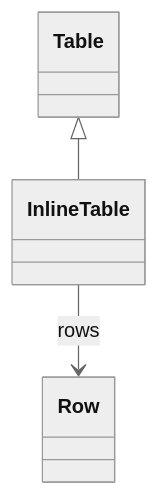
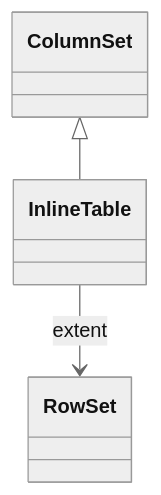
One commit to eclipse-daanse/eclipse-daanse.github.io changed the diagram in docs/cubeserver/model/class-InlineTable.md. Above: the diagram before and after it, drawn with Mermaid (neutral theme). The commit also changed other lines of this file and 138 other files, not shown here.

````diff
--- a/docs/cubeserver/model/class-InlineTable.md
+++ b/docs/cubeserver/model/class-InlineTable.md
@@ -62,9 +65,9 @@
 ```mermaid
 classDiagram
   class InlineTable {
   }
 
-  Table <|-- InlineTable
-  InlineTable --> Row : rows
+  ColumnSet <|-- InlineTable
+  InlineTable --> RowSet : extent
 
 ```
````
